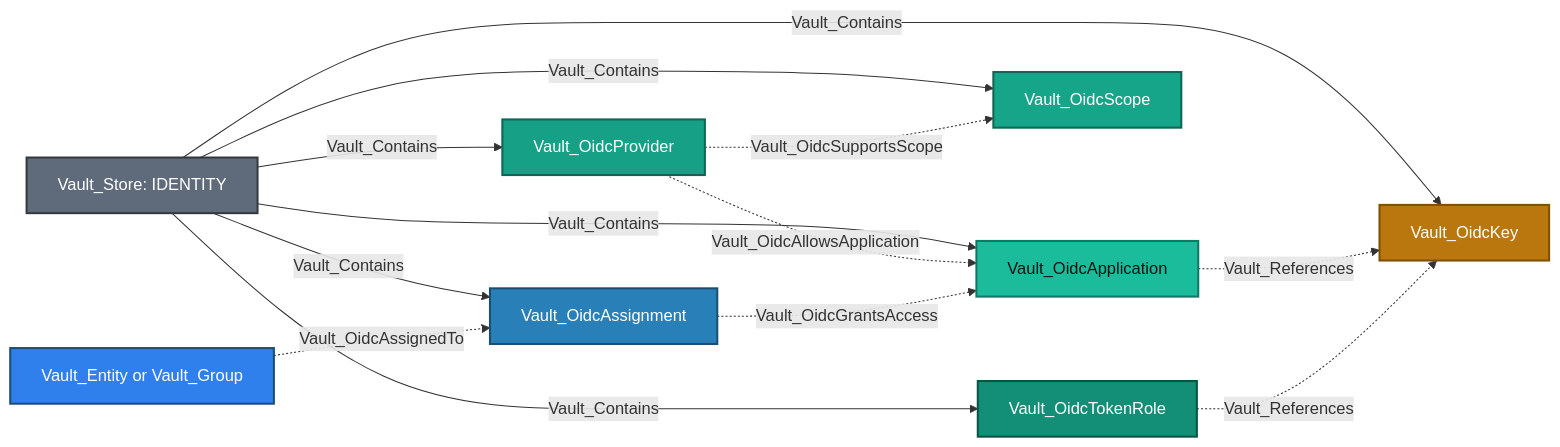
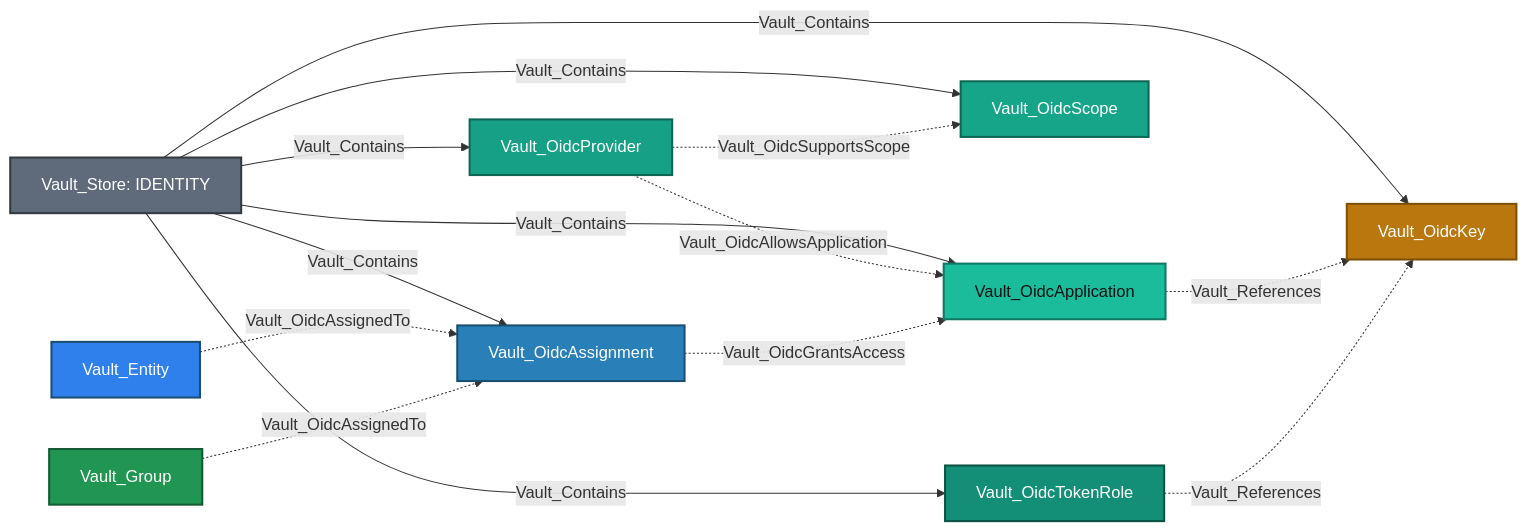
One commit to bytewreck/opengraph-vault changed the fifth of 12 diagrams in Documentation/stores/IDENTITY.md. Above: the diagram before and after it, drawn with Mermaid. The commit also changed other lines of this file and 1 other file, not shown here.

````diff
--- a/Documentation/stores/IDENTITY.md
+++ b/Documentation/stores/IDENTITY.md
@@ -228,24 +250,26 @@
 ```mermaid
 flowchart LR
     store[Vault_Store: IDENTITY]:::storeNode -->|Vault_Contains| provider[Vault_OidcProvider]:::oidcProviderNode
     store -->|Vault_Contains| app[Vault_OidcApplication]:::oidcApplicationNode
     store -->|Vault_Contains| scope[Vault_OidcScope]:::oidcScopeNode
     store -->|Vault_Contains| key[Vault_OidcKey]:::oidcKeyNode
     store -->|Vault_Contains| assignment[Vault_OidcAssignment]:::oidcAssignmentNode
     store -->|Vault_Contains| role[Vault_OidcTokenRole]:::oidcTokenRoleNode
     provider -.->|Vault_OidcAllowsApplication| app
     provider -.->|Vault_OidcSupportsScope| scope
     app -.->|Vault_References| key
     role -.->|Vault_References| key
-    principal[Vault_Entity or Vault_Group]:::identityNode -.->|Vault_OidcAssignedTo| assignment
+    entity[Vault_Entity]:::identityNode -.->|Vault_OidcAssignedTo| assignment
+    group[Vault_Group]:::groupNode -.->|Vault_OidcAssignedTo| assignment
     assignment -.->|Vault_OidcGrantsAccess| app
 
     classDef storeNode fill:#5F6B7A,color:#fff,stroke:#343A40,stroke-width:2px
     classDef oidcProviderNode fill:#16A085,color:#fff,stroke:#0E6655,stroke-width:2px
     classDef oidcApplicationNode fill:#1ABC9C,color:#111,stroke:#117864,stroke-width:2px
     classDef oidcScopeNode fill:#17A589,color:#fff,stroke:#0E6655,stroke-width:2px
     classDef oidcKeyNode fill:#B9770E,color:#fff,stroke:#7E5109,stroke-width:2px
     classDef oidcAssignmentNode fill:#2980B9,color:#fff,stroke:#1B4F72,stroke-width:2px
     classDef oidcTokenRoleNode fill:#148F77,color:#fff,stroke:#0B5345,stroke-width:2px
     classDef identityNode fill:#2F80ED,color:#fff,stroke:#1B4F72,stroke-width:2px
+    classDef groupNode fill:#219653,color:#fff,stroke:#145A32,stroke-width:2px
 ```
````
